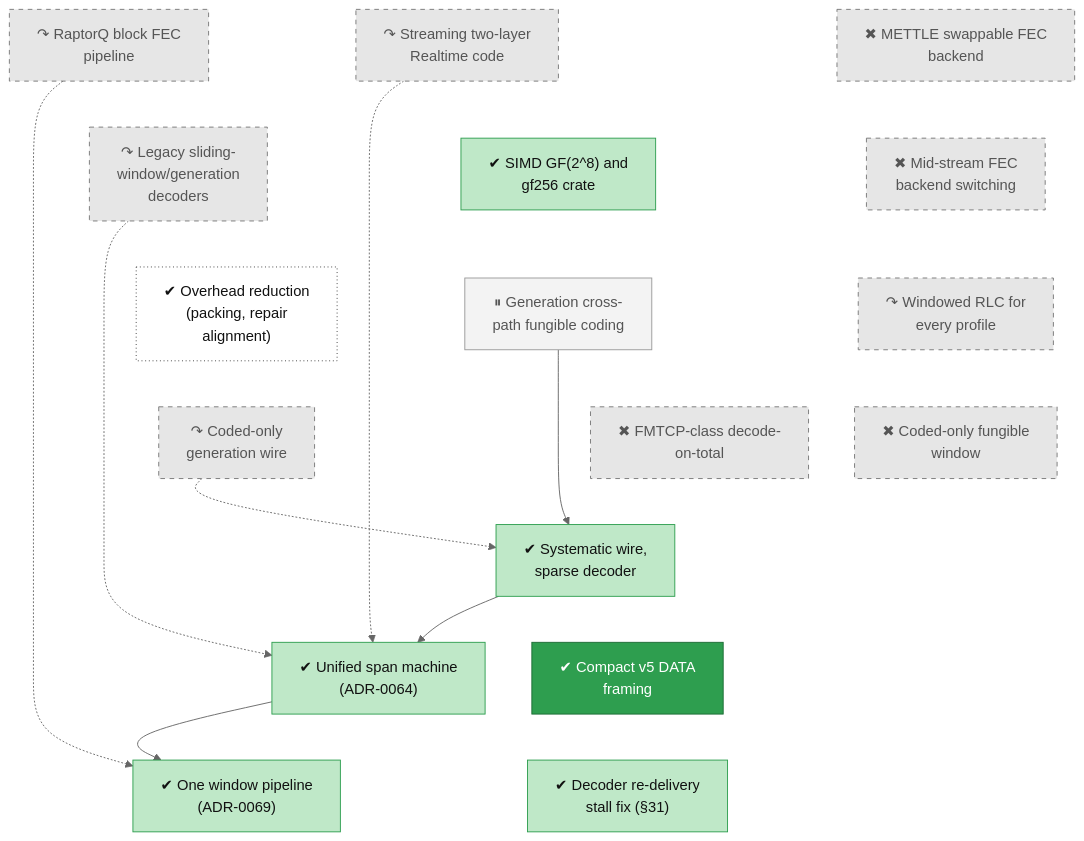
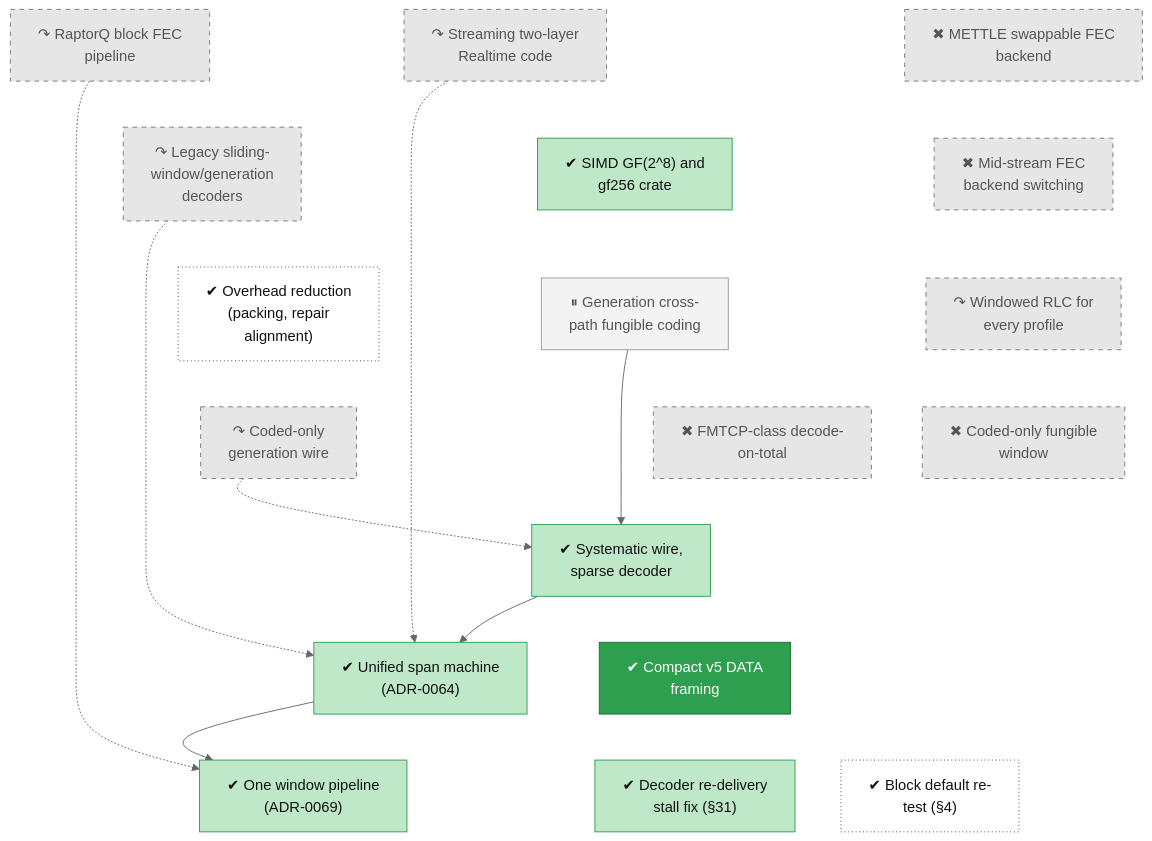
One commit to lhns/raptorpath changed the diagram in docs/roadmap/tracks/cod.md. Above: the diagram before and after it, drawn with Mermaid (neutral theme). The commit also changed other lines of this file and 14 other files, not shown here.

First line of the commit message:
roadmap: §58-§60 up to date; family nodes split per experiment

````diff
--- a/docs/roadmap/tracks/cod.md
+++ b/docs/roadmap/tracks/cod.md
@@ -10,61 +10,63 @@
 ```mermaid
 flowchart TB
     cod_block_pipeline["↷ RaptorQ block FEC<br/>pipeline"]
     cod_mettle["✖ METTLE swappable FEC<br/>backend"]
     cod_streaming_code["↷ Streaming two-layer<br/>Realtime code"]
     cod_legacy_rlc["↷ Legacy sliding-<br/>window/generation<br/>decoders"]
     cod_backend_switch["✖ Mid-stream FEC<br/>backend switching"]
     cod_gf256_simd["✔ SIMD GF(2^8) and<br/>gf256 crate"]
     cod_overhead_reduction["✔ Overhead reduction<br/>(packing, repair<br/>alignment)"]
     cod_rlc_all_profiles["↷ Windowed RLC for<br/>every profile"]
     cod_generation_coding["⏸ Generation cross-<br/>path fungible coding"]
     cod_coded_only_wire["↷ Coded-only<br/>generation wire"]
     cod_fungible_window["✖ Coded-only fungible<br/>window"]
     cod_fmtcp["✖ FMTCP-class decode-<br/>on-total"]
     cod_systematic_wire["✔ Systematic wire,<br/>sparse decoder"]
     cod_unified_span["✔ Unified span machine<br/>(ADR-0064)"]
     cod_wire_compact["✔ Compact v5 DATA<br/>framing"]
     cod_one_pipeline["✔ One window pipeline<br/>(ADR-0069)"]
+    cod_s4_block_retest["✔ Block default re-<br/>test (#167;4)"]
     cod_debug_stall["✔ Decoder re-delivery<br/>stall fix (#167;31)"]
     cod_block_pipeline ~~~ cod_legacy_rlc
     cod_mettle ~~~ cod_backend_switch
     cod_streaming_code ~~~ cod_gf256_simd
     cod_legacy_rlc ~~~ cod_overhead_reduction
     cod_backend_switch ~~~ cod_rlc_all_profiles
     cod_gf256_simd ~~~ cod_generation_coding
     cod_overhead_reduction ~~~ cod_coded_only_wire
     cod_rlc_all_profiles ~~~ cod_fungible_window
     cod_generation_coding ~~~ cod_fmtcp
     cod_coded_only_wire ~~~ cod_systematic_wire
     cod_fungible_window ~~~ cod_systematic_wire
     cod_fmtcp ~~~ cod_systematic_wire
     cod_systematic_wire ~~~ cod_unified_span
     cod_systematic_wire ~~~ cod_wire_compact
     cod_unified_span ~~~ cod_one_pipeline
+    cod_wire_compact ~~~ cod_s4_block_retest
     cod_wire_compact ~~~ cod_debug_stall
     cod_block_pipeline -.-> cod_one_pipeline
     cod_streaming_code -.-> cod_unified_span
     cod_legacy_rlc -.-> cod_unified_span
     cod_coded_only_wire -.-> cod_systematic_wire
     cod_generation_coding --> cod_systematic_wire
     cod_systematic_wire --> cod_unified_span
     cod_unified_span --> cod_one_pipeline
     classDef vsucc fill:#2e9e4f,stroke:#1b6b34,color:#fff
     classDef succ fill:#bfe8c8,stroke:#2e9e4f,color:#111
     classDef mixed fill:#ffd37a,stroke:#c98a00,color:#111
     classDef bad fill:#f28b82,stroke:#b3261e,color:#111
     classDef dead fill:#e6e6e6,stroke:#777,stroke-dasharray:5 5,color:#555
     classDef inprog fill:#a8cdf5,stroke:#1f6fc5,color:#111
     classDef next fill:#fff,stroke:#333,color:#111
     classDef blocked fill:#fff,stroke:#b3261e,stroke-dasharray:2 2,color:#111
     classDef parked fill:#f3f3f3,stroke:#999,color:#555
     classDef unrated fill:#fff,stroke:#333,stroke-dasharray:1 3,color:#111
     classDef userdec fill:#d9c2f0,stroke:#7b3fb5,color:#111
     classDef defect fill:#ffe0b2,stroke:#d84315,stroke-width:2px,color:#111
     classDef waiting fill:#e3f2fd,stroke:#1f6fc5,stroke-dasharray:5 5,color:#111
     class cod_block_pipeline,cod_mettle,cod_streaming_code,cod_legacy_rlc,cod_backend_switch,cod_rlc_all_profiles,cod_coded_only_wire,cod_fungible_window,cod_fmtcp dead
     class cod_gf256_simd,cod_systematic_wire,cod_unified_span,cod_one_pipeline,cod_debug_stall succ
-    class cod_overhead_reduction unrated
+    class cod_overhead_reduction,cod_s4_block_retest unrated
     class cod_generation_coding parked
     class cod_wire_compact vsucc
 ```
````
